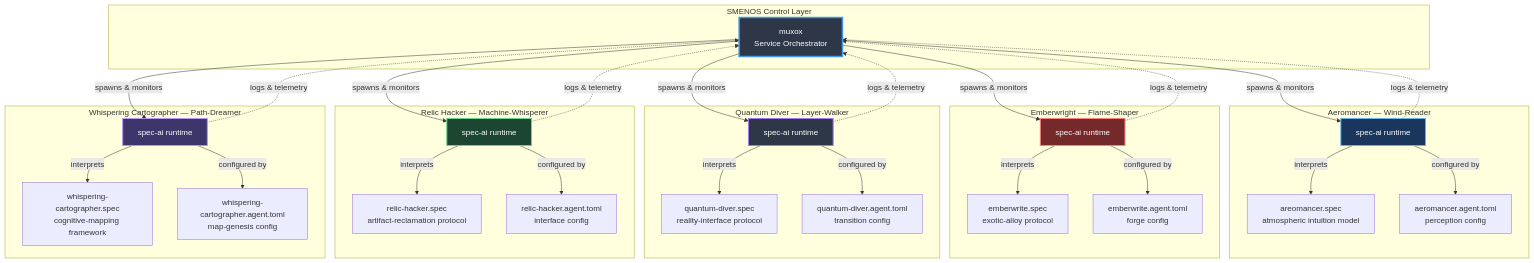
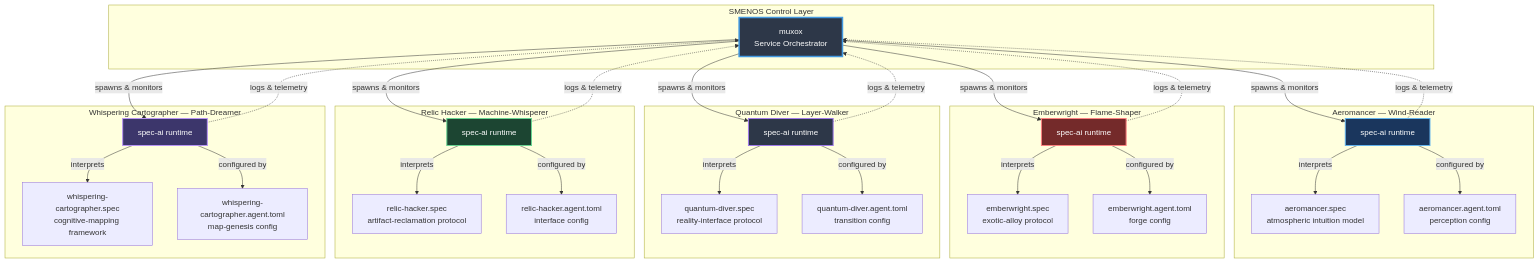
One commit to geoffsee/smenos changed the first of 2 diagrams in ARCHITECTURE.md. Above: the diagram before and after it, drawn with Mermaid. The commit also changed other lines of this file and 8 other files, not shown here.

Commit message:
update configs to sync graphs

````diff
--- a/ARCHITECTURE.md
+++ b/ARCHITECTURE.md
@@ -28,65 +28,65 @@
 ```mermaid
 graph TB
     subgraph "SMENOS Control Layer"
         MUXOX[muxox<br/>Service Orchestrator]
     end
 
     subgraph "Aeromancer — Wind-Reader"
         A1[spec-ai runtime]
-        A2[areomancer.spec<br/>atmospheric intuition model]
+        A2[aeromancer.spec<br/>atmospheric intuition model]
         A3[aeromancer.agent.toml<br/>perception config]
         A1 -->|interprets| A2
         A1 -->|configured by| A3
     end
 
     subgraph "Emberwright — Flame-Shaper"
         E1[spec-ai runtime]
-        E2[emberwrite.spec<br/>exotic-alloy protocol]
-        E3[emberwrite.agent.toml<br/>forge config]
+        E2[emberwright.spec<br/>exotic-alloy protocol]
+        E3[emberwright.agent.toml<br/>forge config]
         E1 -->|interprets| E2
         E1 -->|configured by| E3
     end
 
     subgraph "Quantum Diver — Layer-Walker"
         Q1[spec-ai runtime]
         Q2[quantum-diver.spec<br/>reality-interface protocol]
         Q3[quantum-diver.agent.toml<br/>transition config]
         Q1 -->|interprets| Q2
         Q1 -->|configured by| Q3
     end
 
     subgraph "Relic Hacker — Machine-Whisperer"
         R1[spec-ai runtime]
         R2[relic-hacker.spec<br/>artifact-reclamation protocol]
         R3[relic-hacker.agent.toml<br/>interface config]
         R1 -->|interprets| R2
         R1 -->|configured by| R3
     end
 
     subgraph "Whispering Cartographer — Path-Dreamer"
         W1[spec-ai runtime]
         W2[whispering-cartographer.spec<br/>cognitive-mapping framework]
         W3[whispering-cartographer.agent.toml<br/>map-genesis config]
         W1 -->|interprets| W2
         W1 -->|configured by| W3
     end
 
     MUXOX -->|spawns & monitors| A1
     MUXOX -->|spawns & monitors| E1
     MUXOX -->|spawns & monitors| Q1
     MUXOX -->|spawns & monitors| R1
     MUXOX -->|spawns & monitors| W1
 
     A1 -.->|logs & telemetry| MUXOX
     E1 -.->|logs & telemetry| MUXOX
     Q1 -.->|logs & telemetry| MUXOX
     R1 -.->|logs & telemetry| MUXOX
     W1 -.->|logs & telemetry| MUXOX
 
     style MUXOX fill:#2d3748,stroke:#4299e1,stroke-width:3px,color:#fff
     style A1 fill:#1a365d,stroke:#63b3ed,stroke-width:2px,color:#fff
     style E1 fill:#742a2a,stroke:#fc8181,stroke-width:2px,color:#fff
     style Q1 fill:#2d3748,stroke:#9f7aea,stroke-width:2px,color:#fff
     style R1 fill:#1c4532,stroke:#68d391,stroke-width:2px,color:#fff
     style W1 fill:#3c366b,stroke:#b794f4,stroke-width:2px,color:#fff
 ```
````
